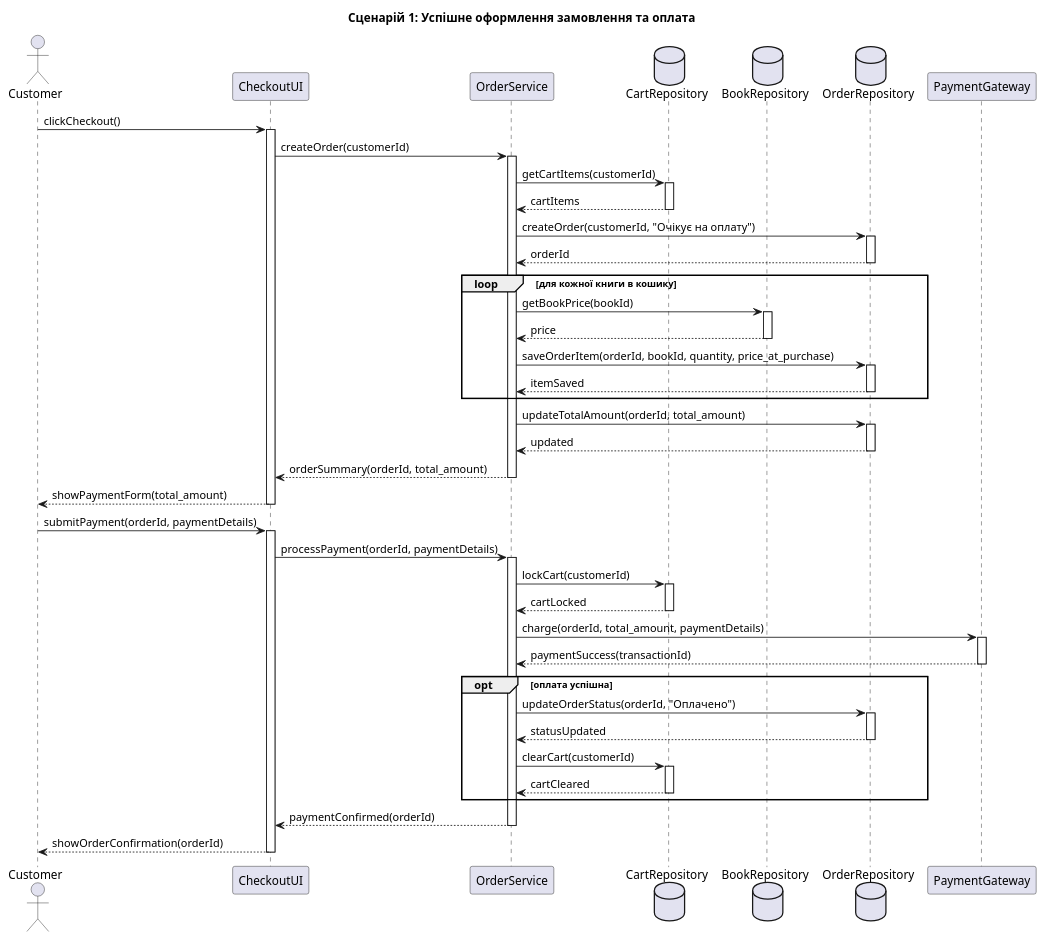
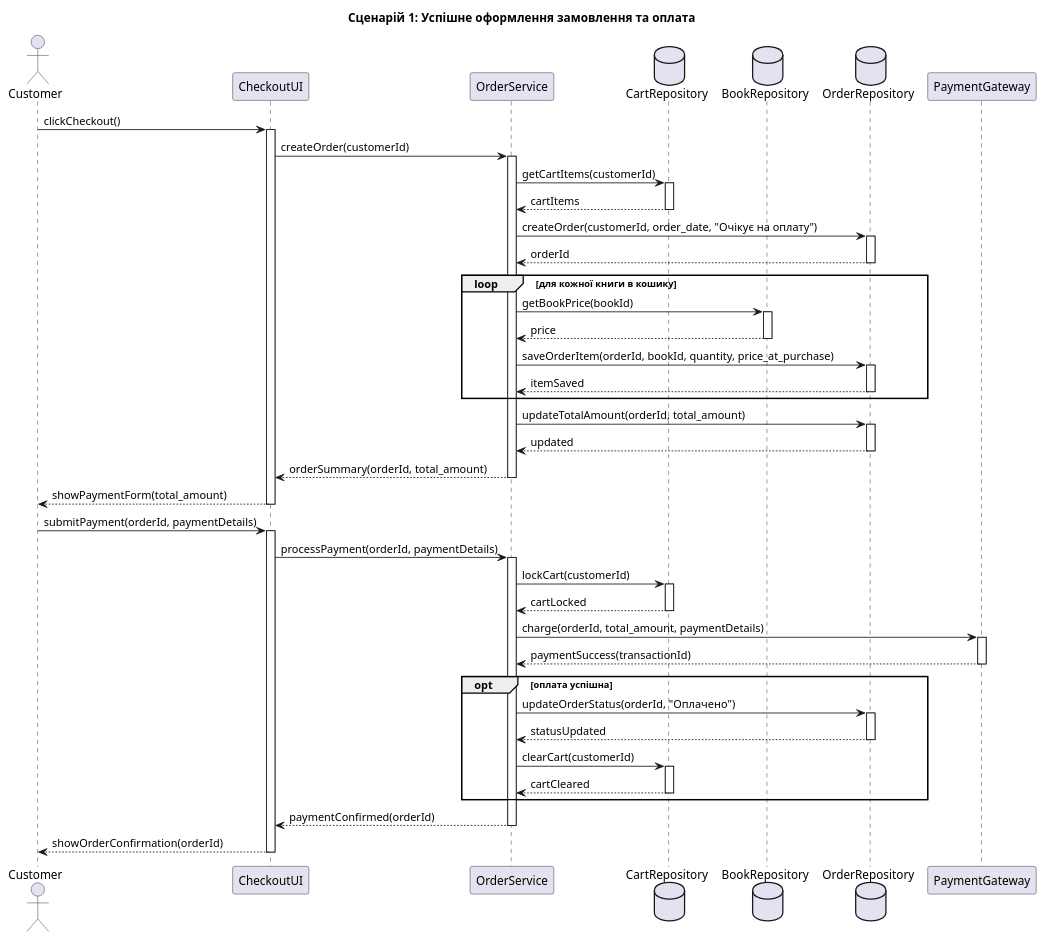
The diagram in LAB3/scenario1_success.puml (thefvl1s/KPI), drawn with PlantUML before and after one commit. The commit also changed 1 other file, not shown here.

Commit message:
add order_date to Order creation in spec and scenario 1

```diff
--- a/LAB3/scenario1_success.puml
+++ b/LAB3/scenario1_success.puml
@@ -1,84 +1,84 @@
 @startuml
 title Сценарій 1: Успішне оформлення замовлення та оплата
 
 actor Customer
 participant CheckoutUI
 participant OrderService
 database CartRepository
 database BookRepository
 database OrderRepository
 participant PaymentGateway
 
 Customer -> CheckoutUI: clickCheckout()
 activate CheckoutUI
 
 CheckoutUI -> OrderService: createOrder(customerId)
 activate OrderService
 
 OrderService -> CartRepository: getCartItems(customerId)
 activate CartRepository
 CartRepository --> OrderService: cartItems
 deactivate CartRepository
 
-OrderService -> OrderRepository: createOrder(customerId, "Очікує на оплату")
+OrderService -> OrderRepository: createOrder(customerId, order_date, "Очікує на оплату")
 activate OrderRepository
 OrderRepository --> OrderService: orderId
 deactivate OrderRepository
 
 loop для кожної книги в кошику
   OrderService -> BookRepository: getBookPrice(bookId)
   activate BookRepository
   BookRepository --> OrderService: price
   deactivate BookRepository
 
   OrderService -> OrderRepository: saveOrderItem(orderId, bookId, quantity, price_at_purchase)
   activate OrderRepository
   OrderRepository --> OrderService: itemSaved
   deactivate OrderRepository
 end
 
 OrderService -> OrderRepository: updateTotalAmount(orderId, total_amount)
 activate OrderRepository
 OrderRepository --> OrderService: updated
 deactivate OrderRepository
 
 OrderService --> CheckoutUI: orderSummary(orderId, total_amount)
 deactivate OrderService
 
 CheckoutUI --> Customer: showPaymentForm(total_amount)
 deactivate CheckoutUI
 
 Customer -> CheckoutUI: submitPayment(orderId, paymentDetails)
 activate CheckoutUI
 
 CheckoutUI -> OrderService: processPayment(orderId, paymentDetails)
 activate OrderService
 
 OrderService -> CartRepository: lockCart(customerId)
 activate CartRepository
 CartRepository --> OrderService: cartLocked
 deactivate CartRepository
 
 OrderService -> PaymentGateway: charge(orderId, total_amount, paymentDetails)
 activate PaymentGateway
 PaymentGateway --> OrderService: paymentSuccess(transactionId)
 deactivate PaymentGateway
 
 opt оплата успішна
   OrderService -> OrderRepository: updateOrderStatus(orderId, "Оплачено")
   activate OrderRepository
   OrderRepository --> OrderService: statusUpdated
   deactivate OrderRepository
 
   OrderService -> CartRepository: clearCart(customerId)
   activate CartRepository
   CartRepository --> OrderService: cartCleared
   deactivate CartRepository
 end
 
 OrderService --> CheckoutUI: paymentConfirmed(orderId)
 deactivate OrderService
 
 CheckoutUI --> Customer: showOrderConfirmation(orderId)
 deactivate CheckoutUI
 @enduml
```
